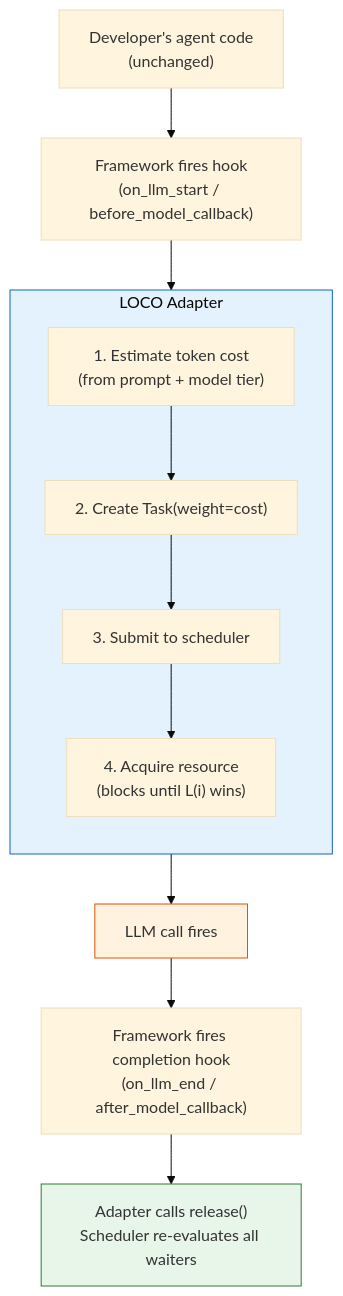
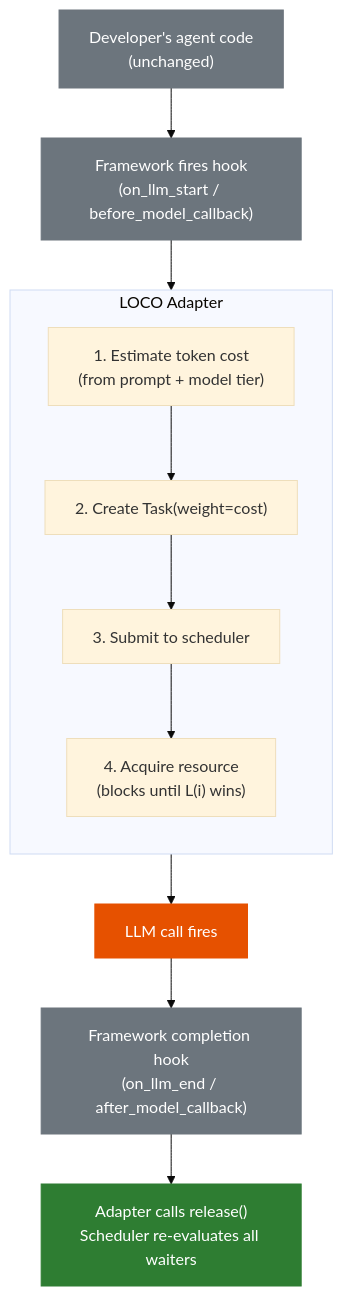
One commit to ArielSmoliar/loco-agent changed the fourth of 5 diagrams in README.md. Above: the diagram before and after it, drawn with Mermaid (base theme). The commit also changed other lines of this file, not shown here.

First line of the commit message:
fix: improve Mermaid diagram contrast for dark mode

````diff
--- a/README.md
+++ b/README.md
@@ -268,22 +272,24 @@
 ```mermaid
 graph TD
     DEV["Developer's agent code\n(unchanged)"] --> HOOK["Framework fires hook\n(on_llm_start / before_model_callback)"]
     HOOK --> ADAPT
 
     subgraph ADAPT["LOCO Adapter"]
         direction TB
         S1["1. Estimate token cost\n(from prompt + model tier)"]
         S2["2. Create Task(weight=cost)"]
         S3["3. Submit to scheduler"]
         S4["4. Acquire resource\n(blocks until L(i) wins)"]
         S1 --> S2 --> S3 --> S4
     end
 
     ADAPT --> LLM["LLM call fires"]
-    LLM --> DONE["Framework fires completion hook\n(on_llm_end / after_model_callback)"]
+    LLM --> DONE["Framework completion hook\n(on_llm_end / after_model_callback)"]
     DONE --> REL["Adapter calls release()\nScheduler re-evaluates all waiters"]
 
-    style ADAPT fill:#e3f2fd,stroke:#1565c0
-    style LLM fill:#fff3e0,stroke:#e65100
-    style REL fill:#e8f5e9,stroke:#2e7d32
+    style DEV fill:#6c757d,color:#fff,stroke:#6c757d
+    style HOOK fill:#6c757d,color:#fff,stroke:#6c757d
+    style LLM fill:#e65100,color:#fff,stroke:#e65100
+    style DONE fill:#6c757d,color:#fff,stroke:#6c757d
+    style REL fill:#2e7d32,color:#fff,stroke:#2e7d32
 ```
````
